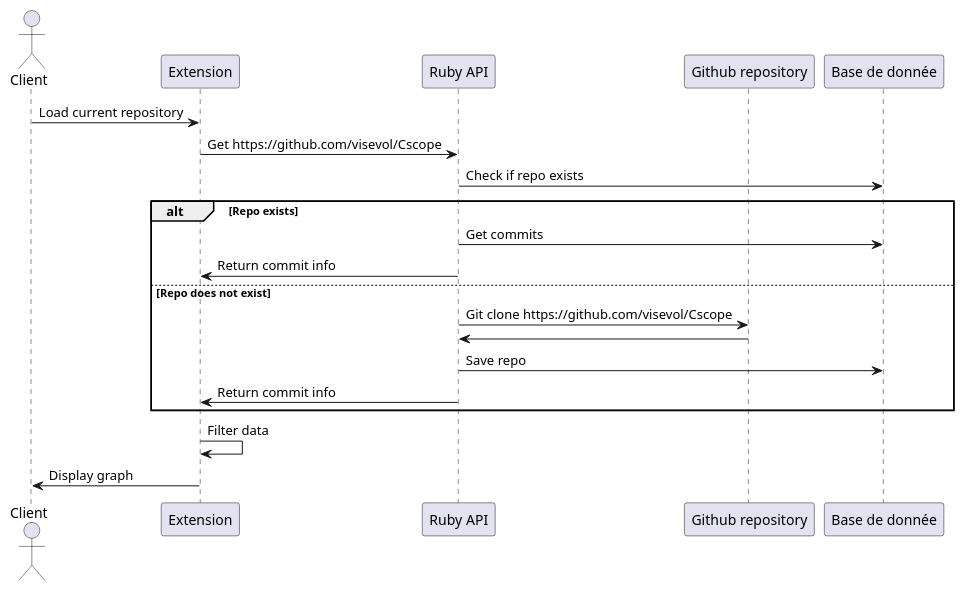
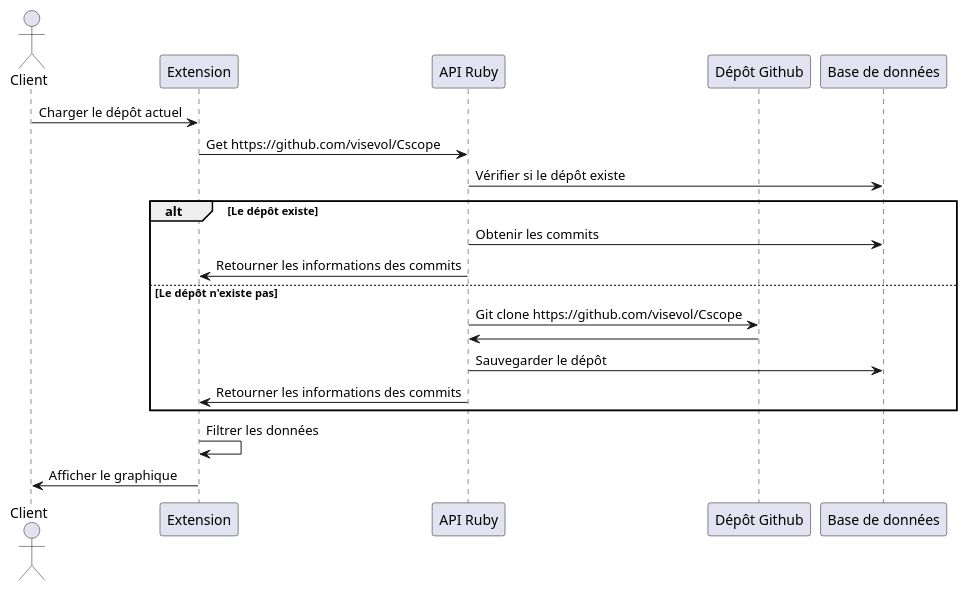
The diagram in Documentation/RDCU/GetHistory.puml (visevol/Cscope), drawn with PlantUML before and after one commit.

Commit message:
traduction francaise

```diff
--- a/Documentation/RDCU/GetHistory.puml
+++ b/Documentation/RDCU/GetHistory.puml
@@ -1,22 +1,21 @@
 @startuml
 actor "Client" as Client
 participant "Extension" as UI
-participant "Ruby API" as API
-participant "Github repository" as GR
-participant "Base de donnée" as DB
-
-Client -> UI : Load current repository  
+participant "API Ruby" as API
+participant "Dépôt Github" as GR
+participant "Base de données" as DB
+Client -> UI : Charger le dépôt actuel
 UI -> API : Get https://github.com/visevol/Cscope
-API -> DB : Check if repo exists
-alt Repo exists
-    API -> DB : Get commits
-    API -> UI : Return commit info
-else Repo does not exist
+API -> DB : Vérifier si le dépôt existe
+alt Le dépôt existe
+    API -> DB : Obtenir les commits
+    API -> UI : Retourner les informations des commits
+else Le dépôt n'existe pas
     API -> GR : Git clone https://github.com/visevol/Cscope
     GR -> API : 
-    API -> DB : Save repo
-    API -> UI : Return commit info
+    API -> DB : Sauvegarder le dépôt
+    API -> UI : Retourner les informations des commits
 end
-UI -> UI : Filter data
-UI -> Client : Display graph
+UI -> UI : Filtrer les données
+UI -> Client : Afficher le graphique
 @enduml
```
